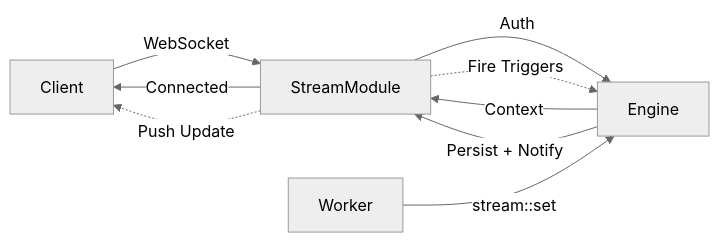
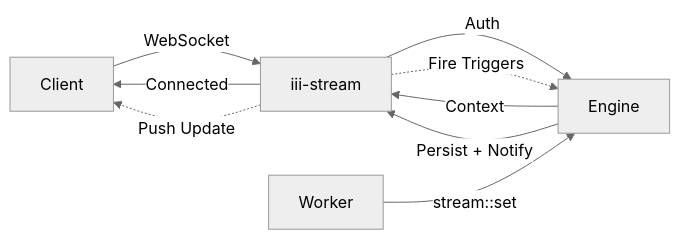
Before and after one commit to iii-hq/iii: the diagram in docs/modules/module-stream.mdx, drawn with Mermaid (neutral theme). The commit also changed other lines of this file and 87 other files, not shown here.

````diff
--- a/docs/modules/module-stream.mdx
+++ b/docs/modules/module-stream.mdx
@@ -14,12 +14,12 @@
 ```mermaid
 graph LR
-    Client[Client] -->|WebSocket| Stream[StreamModule]
+    Client[Client] -->|WebSocket| Stream[iii-stream]
     Stream -->|Auth| Engine[Engine]
     Engine -->|Context| Stream
     Stream -->|Connected| Client
 
     Worker[Worker] -->|stream::set| Engine
     Engine -->|Persist + Notify| Stream
     Stream -.->|Push Update| Client
     Stream -.->|Fire Triggers| Engine
 ```
````
